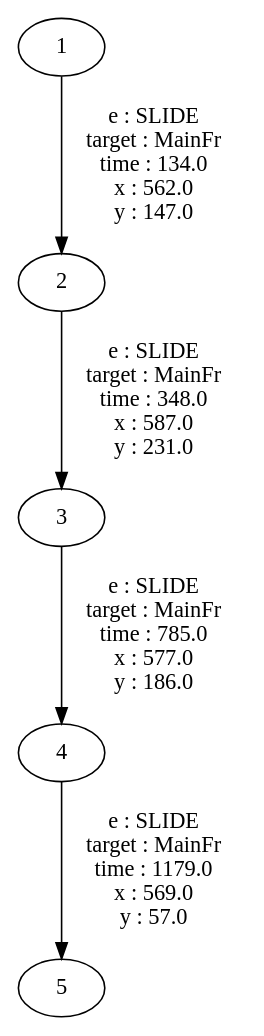
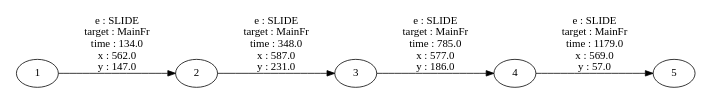
One commit to kyeongwook-ma/EFSM-visualizer changed the diagram in EFSMVisualizer/out/User_2.dot. Above: the diagram before and after it, drawn with Graphviz. The commit also changed 2 other files, not shown here.

```diff
--- a/EFSMVisualizer/out/User_2.dot
+++ b/EFSMVisualizer/out/User_2.dot
@@ -1,1 +1,3 @@
-digraph {1->2[label=" e : SLIDE\n target : MainFr\n time : 134.0\n x : 562.0\n y : 147.0"];2->3[label=" e : SLIDE\n target : MainFr\n time : 348.0\n x : 587.0\n y : 231.0"];3->4[label=" e : SLIDE\n target : MainFr\n time : 785.0\n x : 577.0\n y : 186.0"];4->5[label=" e : SLIDE\n target : MainFr\n time : 1179.0\n x : 569.0\n y : 57.0"];}
+digraph {
+size="6,6"rankdir="LR"
+1->2[label=" e : SLIDE\n target : MainFr\n time : 134.0\n x : 562.0\n y : 147.0"];2->3[label=" e : SLIDE\n target : MainFr\n time : 348.0\n x : 587.0\n y : 231.0"];3->4[label=" e : SLIDE\n target : MainFr\n time : 785.0\n x : 577.0\n y : 186.0"];4->5[label=" e : SLIDE\n target : MainFr\n time : 1179.0\n x : 569.0\n y : 57.0"];}
```
